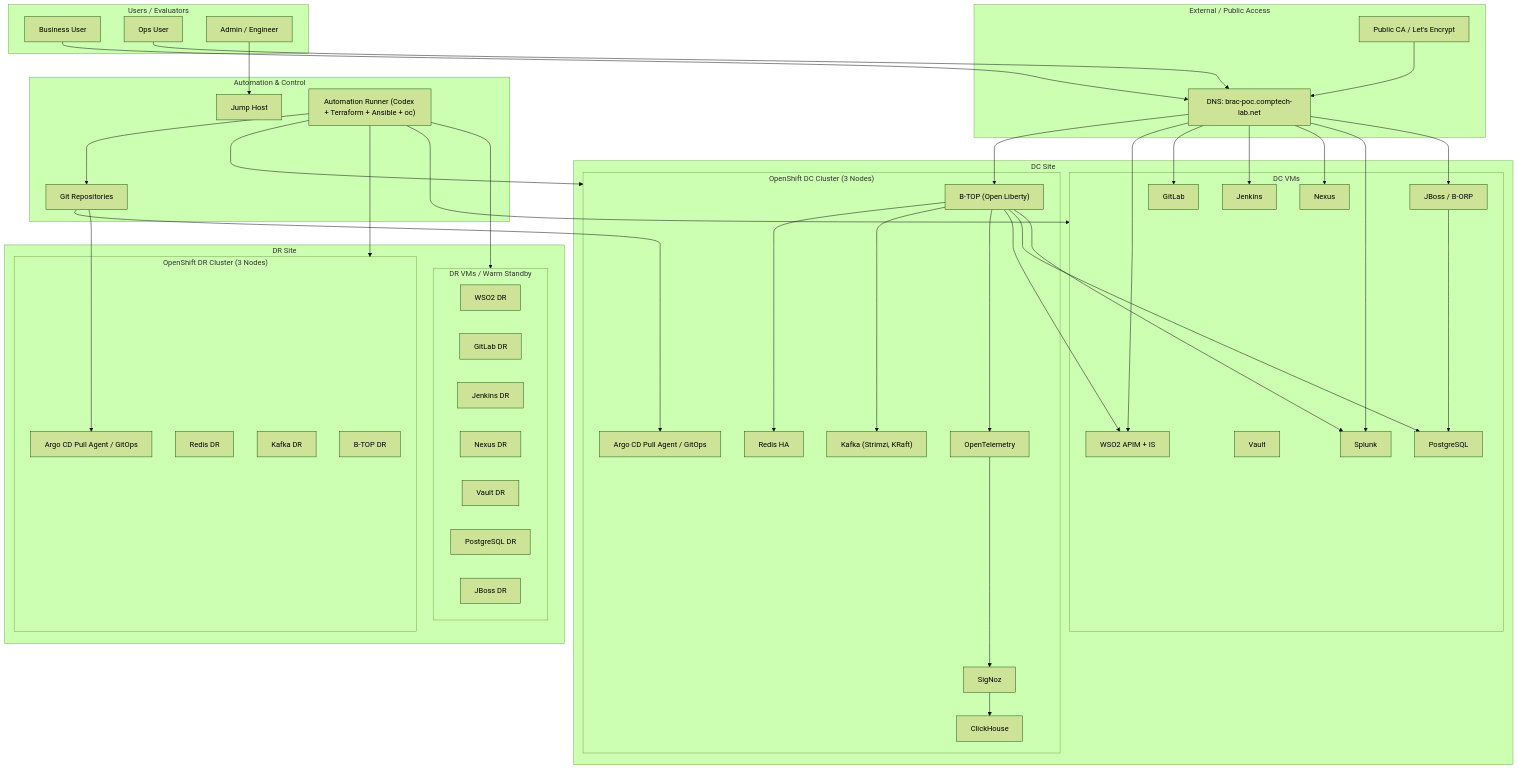
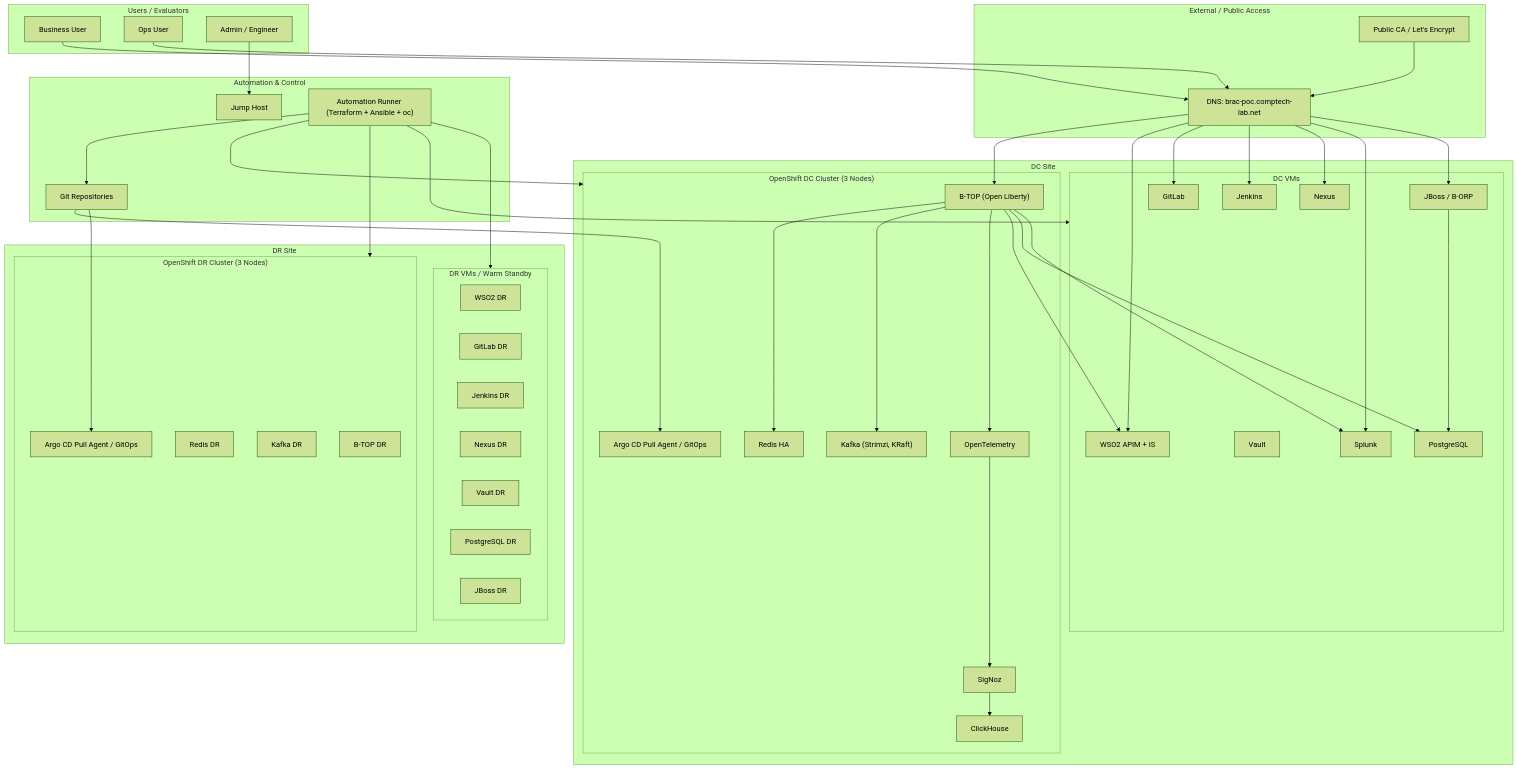
Before and after one commit to zeshaq/tutorials-presentations-docs: the first of 4 diagrams in brac-poc/brac-bank-poc-implementation-plan.md, drawn with Mermaid (forest theme). The commit also changed other lines of this file and 10 other files, not shown here.

```diff
--- a/brac-poc/brac-bank-poc-implementation-plan.md
+++ b/brac-poc/brac-bank-poc-implementation-plan.md
@@ -161,7 +160,7 @@
 
     subgraph Ops["Automation & Control"]
         JUMP["Jump Host"]
-        RUNNER["Automation Runner (Codex + Terraform + Ansible + oc)"]
+        RUNNER["Automation Runner (Terraform + Ansible + oc)"]
         GIT["Git Repositories"]
     end
 
```
